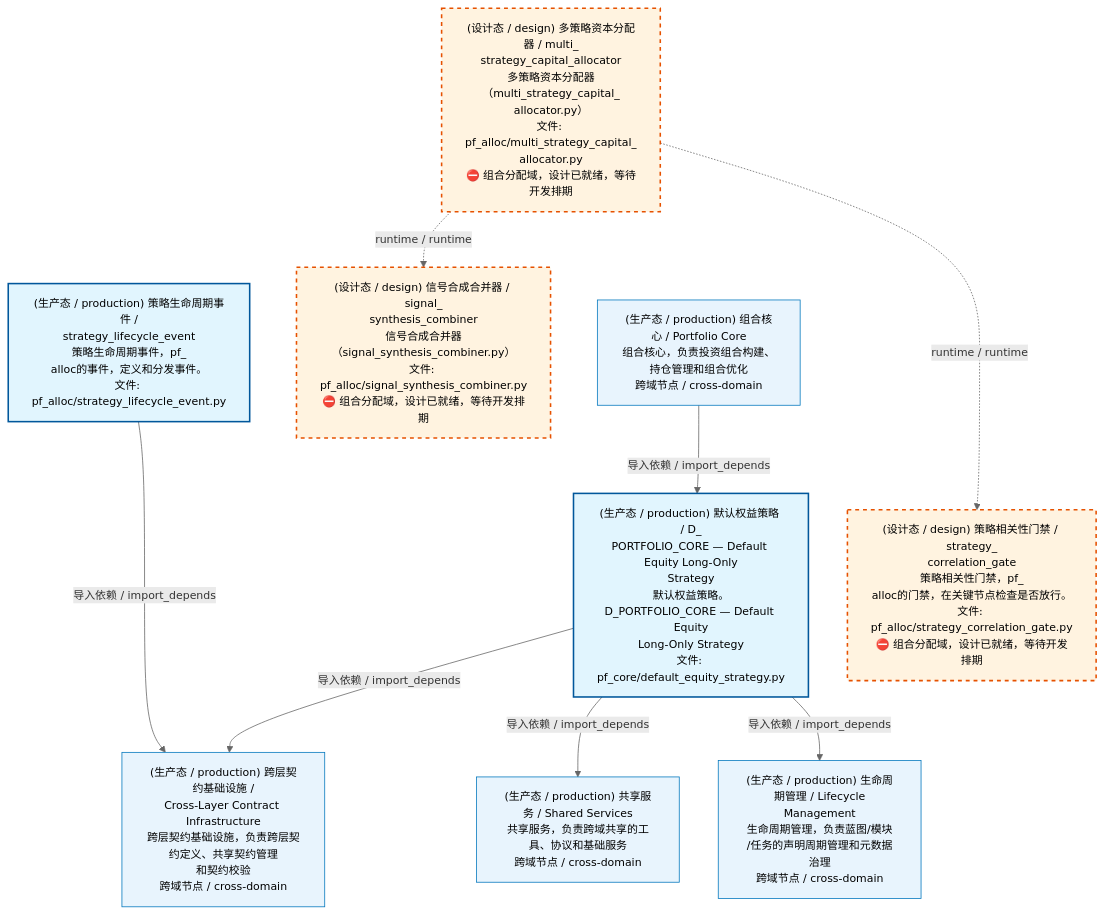
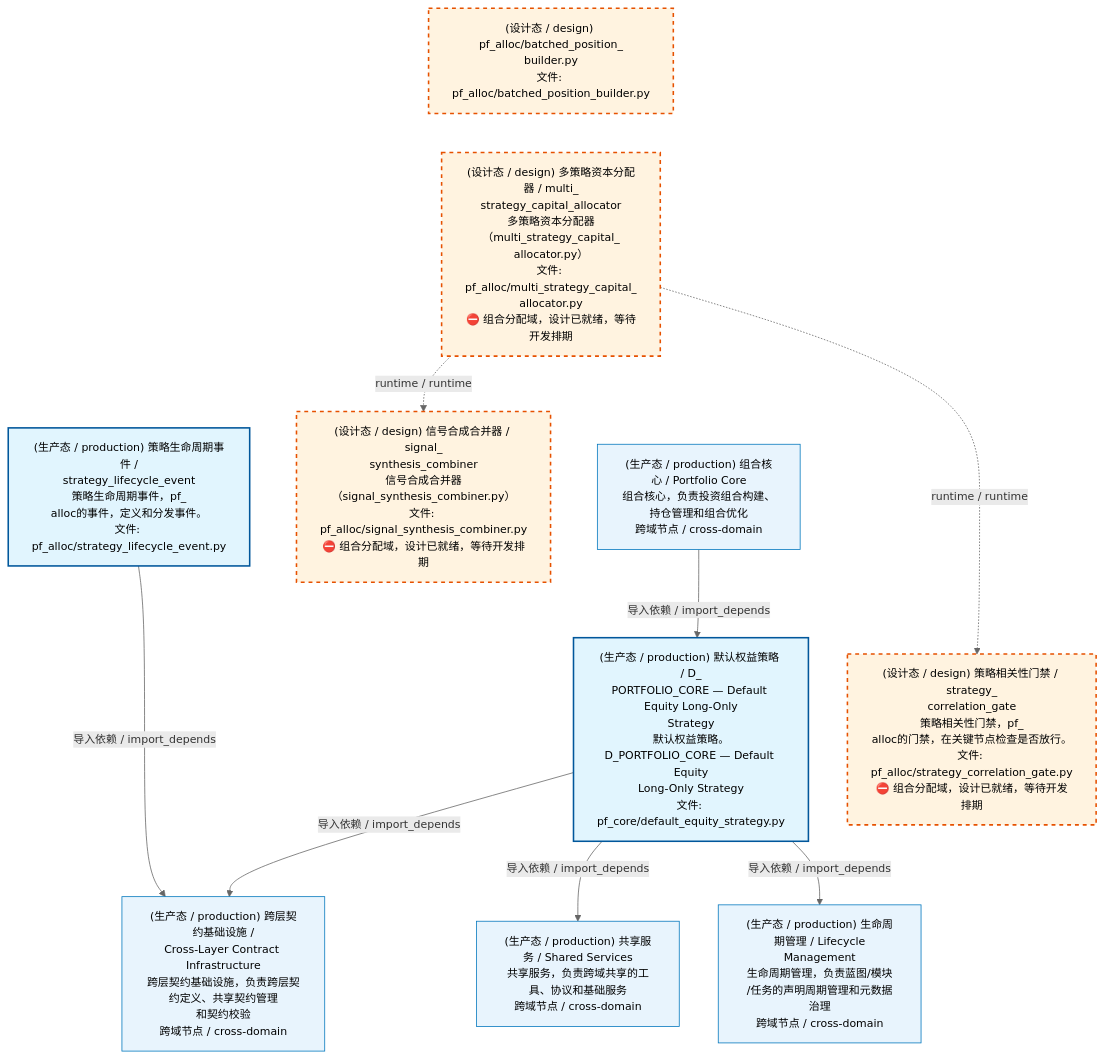
Before and after one commit to xuanFelixVan/ZephyrAlpha: the first of 4 diagrams in docs/02_enterprise_architecture/02_domain_architecture_docs/62_d_pf_alloc.md, drawn with Mermaid. The commit also changed other lines of this file and 8 other files, not shown here.

````diff
--- a/docs/02_enterprise_architecture/02_domain_architecture_docs/62_d_pf_alloc.md
+++ b/docs/02_enterprise_architecture/02_domain_architecture_docs/62_d_pf_alloc.md
@@ -53,30 +53,32 @@
 ```mermaid
 %%{init: {'theme': 'base', 'themeVariables': {'primaryColor': '#eaeaea', 'primaryTextColor': '#333333', 'primaryBorderColor': '#666666', 'lineColor': '#666666', 'secondaryColor': '#eaeaea', 'tertiaryColor': '#eaeaea', 'fontSize': '14px'}}}%%
 flowchart TD
+    src_zephyr_pf_alloc_batched_position_builder_py["(设计态 / design) pf_alloc/batched_position_<br/>builder.py<br/>文件: pf_alloc/batched_position_builder.py"]
     src_zephyr_pf_alloc_multi_strategy_capital_allocator_py["(设计态 / design) 多策略资本分配器 / multi_<br/>strategy_capital_allocator<br/>多策略资本分配器（multi_strategy_capital_<br/>allocator.py）<br/>文件: pf_alloc/multi_strategy_capital_<br/>allocator.py<br/>⛔ 组合分配域，设计已就绪，等待开发排期"]
     src_zephyr_pf_alloc_strategy_lifecycle_event_py["(生产态 / production) 策略生命周期事件 /<br/>strategy_lifecycle_event<br/>策略生命周期事件，pf_<br/>alloc的事件，定义和分发事件。<br/>文件: pf_alloc/strategy_lifecycle_event.py"]
     src_zephyr_pf_core_default_equity_strategy_py["(生产态 / production) 默认权益策略 / D_<br/>PORTFOLIO_CORE — Default Equity Long-Only<br/>Strategy<br/>默认权益策略。D_PORTFOLIO_CORE — Default Equity<br/>Long-Only Strategy<br/>文件: pf_core/default_equity_strategy.py"]
+    src_zephyr_pf_alloc_batched_position_builder_py ~~~ src_zephyr_pf_alloc_multi_strategy_capital_allocator_py
     src_zephyr_pf_alloc_multi_strategy_capital_allocator_py ~~~ src_zephyr_pf_alloc_strategy_lifecycle_event_py
     src_zephyr_pf_alloc_strategy_lifecycle_event_py ~~~ src_zephyr_pf_core_default_equity_strategy_py
     src_zephyr_pf_alloc_signal_synthesis_combiner_py["(设计态 / design) 信号合成合并器 / signal_<br/>synthesis_combiner<br/>信号合成合并器（signal_synthesis_combiner.py）<br/>文件: pf_alloc/signal_synthesis_combiner.py<br/>⛔ 组合分配域，设计已就绪，等待开发排期"]
     src_zephyr_pf_alloc_strategy_correlation_gate_py["(设计态 / design) 策略相关性门禁 / strategy_<br/>correlation_gate<br/>策略相关性门禁，pf_<br/>alloc的门禁，在关键节点检查是否放行。<br/>文件: pf_alloc/strategy_correlation_gate.py<br/>⛔ 组合分配域，设计已就绪，等待开发排期"]
     src_zephyr_pf_alloc_signal_synthesis_combiner_py ~~~ src_zephyr_pf_alloc_strategy_correlation_gate_py
     src_zephyr_pf_alloc_multi_strategy_capital_allocator_py -.->|runtime / runtime| src_zephyr_pf_alloc_signal_synthesis_combiner_py
     src_zephyr_pf_alloc_multi_strategy_capital_allocator_py -.->|runtime / runtime| src_zephyr_pf_alloc_strategy_correlation_gate_py
     D_INFRASTRUCTURE["(生产态 / production) 跨层契约基础设施 /<br/>Cross-Layer Contract Infrastructure<br/>跨层契约基础设施，负责跨层契约定义、共享契约管理<br/>和契约校验<br/>跨域节点 / cross-domain"]
     src_zephyr_pf_core_default_equity_strategy_py -->|导入依赖 / import_depends| D_INFRASTRUCTURE
     src_zephyr_pf_alloc_strategy_lifecycle_event_py -->|导入依赖 / import_depends| D_INFRASTRUCTURE
     D_SHARED["(生产态 / production) 共享服务 / Shared Services<br/>共享服务，负责跨域共享的工具、协议和基础服务<br/>跨域节点 / cross-domain"]
     src_zephyr_pf_core_default_equity_strategy_py -->|导入依赖 / import_depends| D_SHARED
     D_GOVERNANCE["(生产态 / production) 生命周期管理 / Lifecycle<br/>Management<br/>生命周期管理，负责蓝图/模块<br/>/任务的声明周期管理和元数据治理<br/>跨域节点 / cross-domain"]
     src_zephyr_pf_core_default_equity_strategy_py -->|导入依赖 / import_depends| D_GOVERNANCE
     D_PF_CORE["(生产态 / production) 组合核心 / Portfolio Core<br/>组合核心，负责投资组合构建、持仓管理和组合优化<br/>跨域节点 / cross-domain"]
     D_PF_CORE -->|导入依赖 / import_depends| src_zephyr_pf_core_default_equity_strategy_py
     classDef production fill:#e1f5fe,stroke:#01579b,stroke-width:2px,color:#000
     classDef design fill:#fff3e0,stroke:#e65100,stroke-width:2px,color:#000,stroke-dasharray: 5 5
     classDef external_prod fill:#e8f4fd,stroke:#0277bd,stroke-width:1px,color:#000
     classDef external_design fill:#fff8e7,stroke:#ef6c00,stroke-width:1px,color:#000,stroke-dasharray: 5 5
     class src_zephyr_pf_alloc_strategy_lifecycle_event_py,src_zephyr_pf_core_default_equity_strategy_py production
-    class src_zephyr_pf_alloc_multi_strategy_capital_allocator_py,src_zephyr_pf_alloc_signal_synthesis_combiner_py,src_zephyr_pf_alloc_strategy_correlation_gate_py design
+    class src_zephyr_pf_alloc_batched_position_builder_py,src_zephyr_pf_alloc_multi_strategy_capital_allocator_py,src_zephyr_pf_alloc_signal_synthesis_combiner_py,src_zephyr_pf_alloc_strategy_correlation_gate_py design
     class D_INFRASTRUCTURE,D_SHARED,D_GOVERNANCE,D_PF_CORE external_prod
 ```
````
